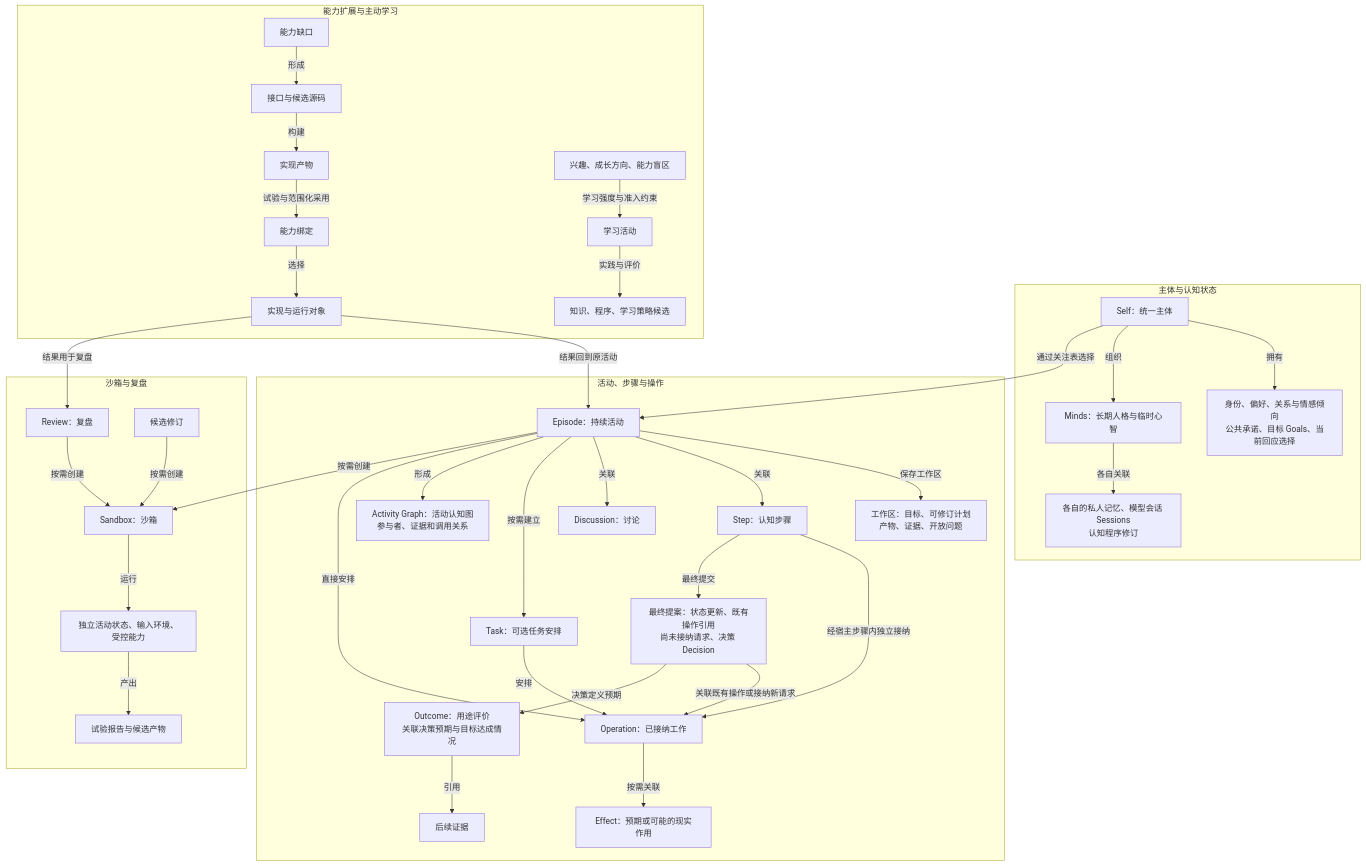
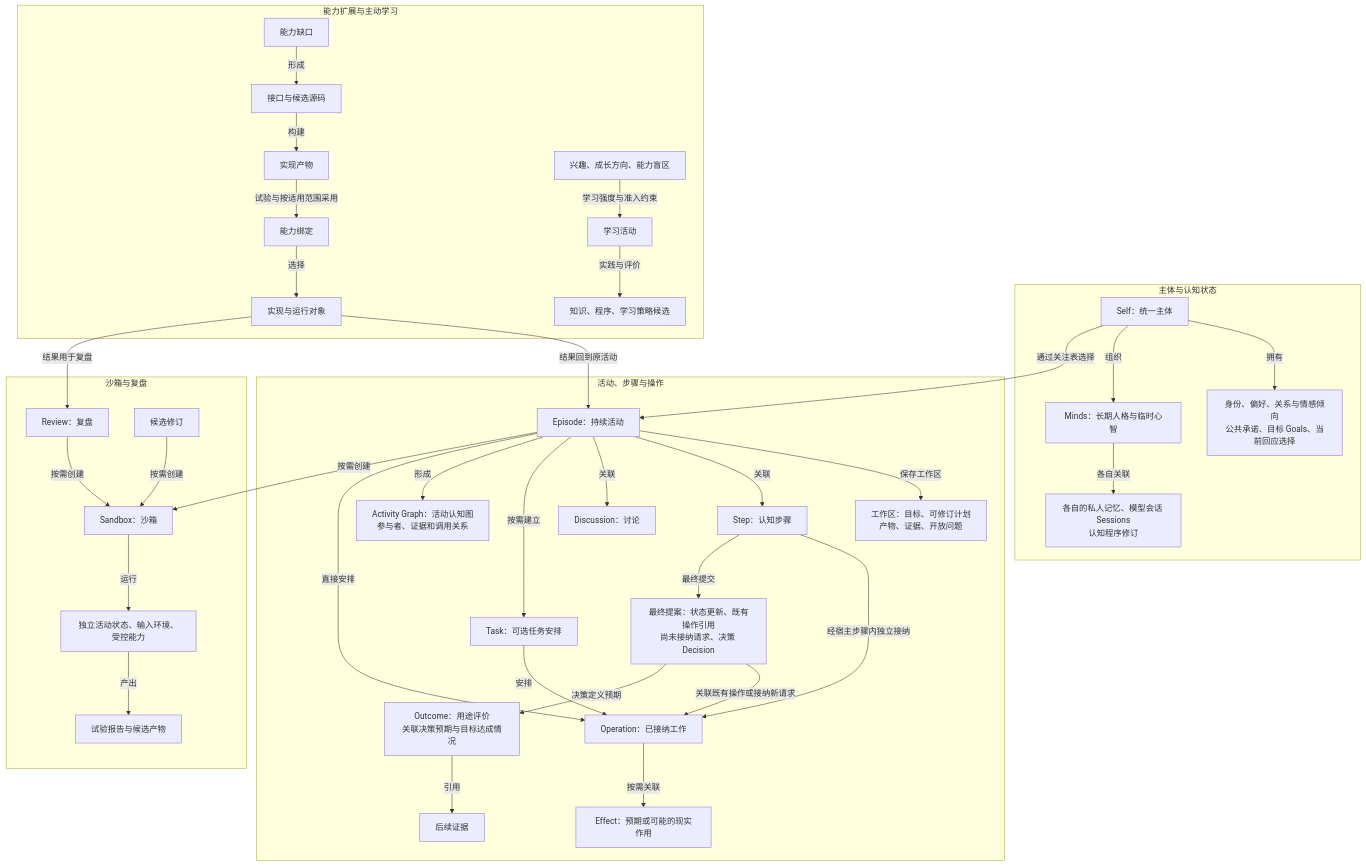
Before and after one commit to d7z-project/TinyAGI: the ninth of 13 diagrams in DESIGN.md, drawn with Mermaid. The commit also changed other lines of this file and 51 other files, not shown here.

````diff
--- a/DESIGN.md
+++ b/DESIGN.md
@@ -413,73 +410,73 @@
 ```mermaid
 flowchart TB
     subgraph Subject["主体与认知状态"]
         Self["Self：统一主体"]
         Shared["身份、偏好、关系与情感倾向<br/>公共承诺、目标 Goals、当前回应选择"]
         Minds["Minds：长期人格与临时心智"]
         Private["各自的私人记忆、模型会话 Sessions<br/>认知程序修订"]
         Self -->|"拥有"| Shared
         Self -->|"组织"| Minds
         Minds -->|"各自关联"| Private
     end
 
     subgraph Activity["活动、步骤与操作"]
         Episode["Episode：持续活动"]
         Workspace["工作区：目标、可修订计划<br/>产物、证据、开放问题"]
         Step["Step：认知步骤"]
         Discussion["Discussion：讨论"]
         Task["Task：可选任务安排"]
         Graph["Activity Graph：活动认知图<br/>参与者、证据和调用关系"]
         Proposal["最终提案：状态更新、既有操作引用<br/>尚未接纳请求、决策 Decision"]
         Operation["Operation：已接纳工作"]
         Effect["Effect：预期或可能的现实作用"]
         Outcome["Outcome：用途评价<br/>关联决策预期与目标达成情况"]
         Evidence["后续证据"]
         Episode -->|"保存工作区"| Workspace
         Episode -->|"关联"| Step
         Episode -->|"关联"| Discussion
         Episode -->|"按需建立"| Task
         Episode -->|"形成"| Graph
         Episode -->|"直接安排"| Operation
         Task -->|"安排"| Operation
         Step -->|"经宿主步骤内独立接纳"| Operation
         Step -->|"最终提交"| Proposal
         Proposal -->|"关联既有操作或接纳新请求"| Operation
         Operation -->|"按需关联"| Effect
         Proposal -->|"决策定义预期"| Outcome
         Outcome -->|"引用"| Evidence
     end
 
     subgraph Evaluation["沙箱与复盘"]
         Review["Review：复盘"]
         Candidate["候选修订"]
         Sandbox["Sandbox：沙箱"]
         Trial["独立活动状态、输入环境、受控能力"]
         Report["试验报告与候选产物"]
         Review -->|"按需创建"| Sandbox
         Candidate -->|"按需创建"| Sandbox
         Sandbox -->|"运行"| Trial
         Trial -->|"产出"| Report
     end
 
     subgraph Extension["能力扩展与主动学习"]
         Gap["能力缺口"]
         Source["接口与候选源码"]
         Artifact["实现产物"]
         Binding["能力绑定"]
         Implementation["实现与运行对象"]
         Interest["兴趣、成长方向、能力盲区"]
         Learning["学习活动"]
         LearningResult["知识、程序、学习策略候选"]
         Gap -->|"形成"| Source
         Source -->|"构建"| Artifact
-        Artifact -->|"试验与范围化采用"| Binding
+        Artifact -->|"试验与按适用范围采用"| Binding
         Binding -->|"选择"| Implementation
         Interest -->|"学习强度与准入约束"| Learning
         Learning -->|"实践与评价"| LearningResult
     end
 
     Self -->|"通过关注表选择"| Episode
     Episode -->|"按需创建"| Sandbox
     Implementation -->|"结果回到原活动"| Episode
     Implementation -->|"结果用于复盘"| Review
 ```
````
